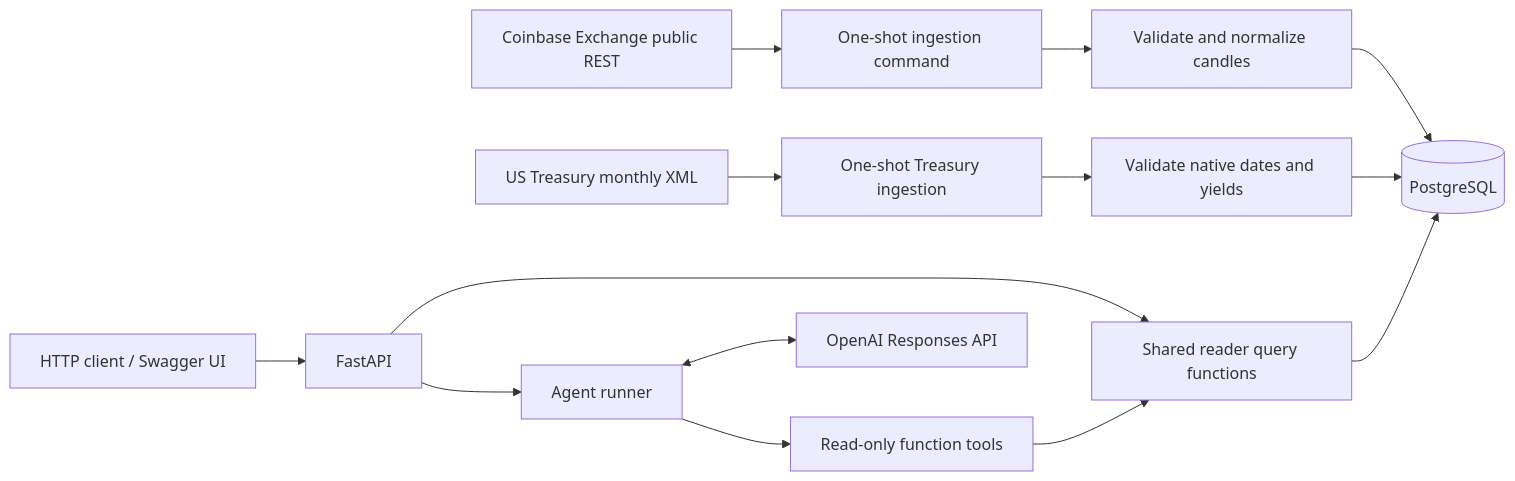
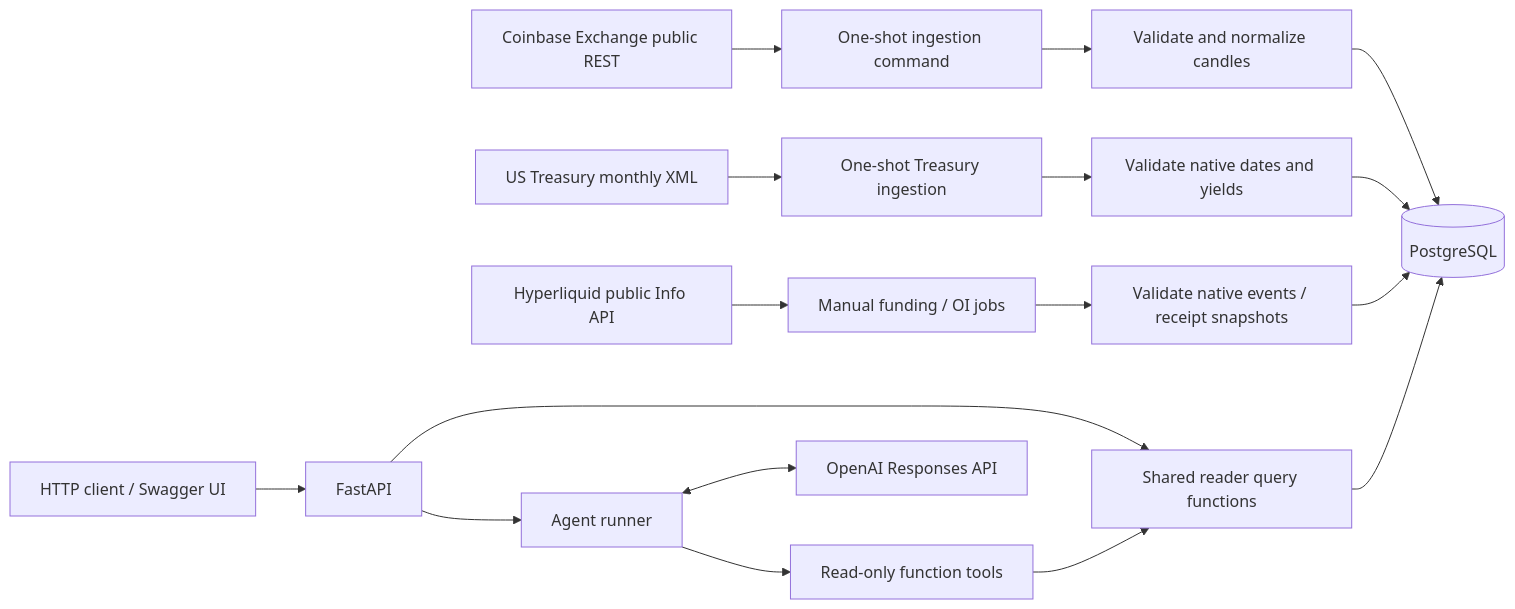
One commit to edramosreis/ai-market-intelligence changed the first of 2 diagrams in ARCHITECTURE.md. Above: the diagram before and after it, drawn with Mermaid. The commit also changed other lines of this file and 15 other files, not shown here.

Commit message:
Persist audited Hyperliquid funding and OI jobs

````diff
--- a/ARCHITECTURE.md
+++ b/ARCHITECTURE.md
@@ -23,16 +23,19 @@
 ```mermaid
 flowchart LR
     C[Coinbase Exchange public REST] --> I[One-shot ingestion command]
     I --> V[Validate and normalize candles]
     V --> DB[(PostgreSQL)]
     TC[US Treasury monthly XML] --> TI[One-shot Treasury ingestion]
     TI --> TV[Validate native dates and yields]
     TV --> DB
+    HL[Hyperliquid public Info API] --> HI[Manual funding / OI jobs]
+    HI --> HV[Validate native events / receipt snapshots]
+    HV --> DB
     U[HTTP client / Swagger UI] --> API[FastAPI]
     API --> Q[Shared reader query functions]
     Q --> DB
     API --> A[Agent runner]
     A <--> O[OpenAI Responses API]
     A --> T[Read-only function tools]
     T --> Q
 ```
````
